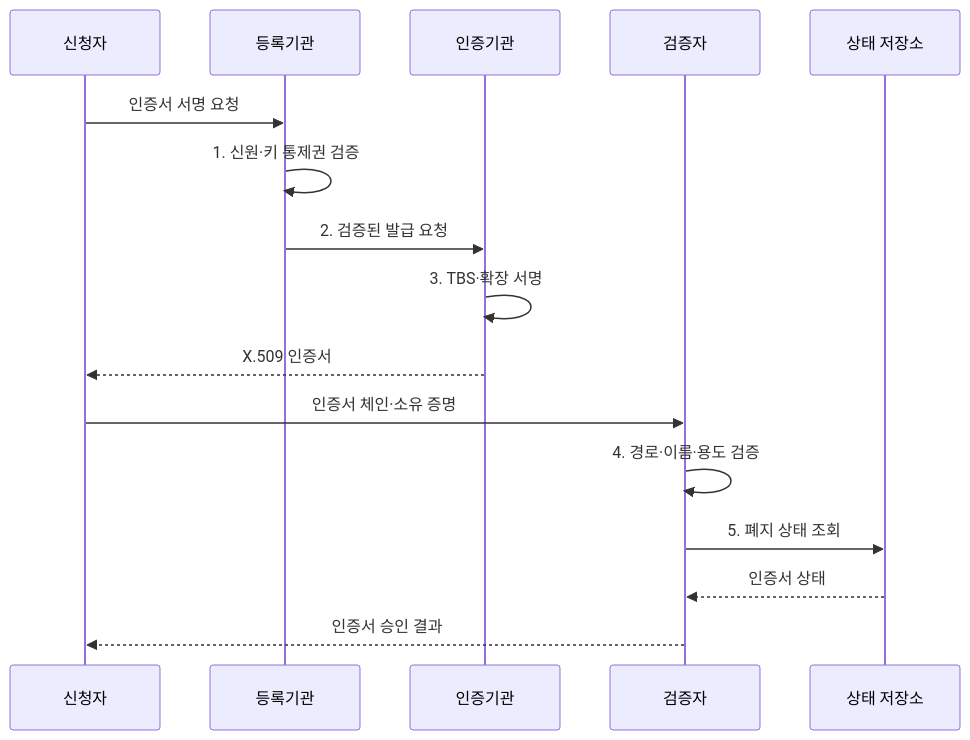
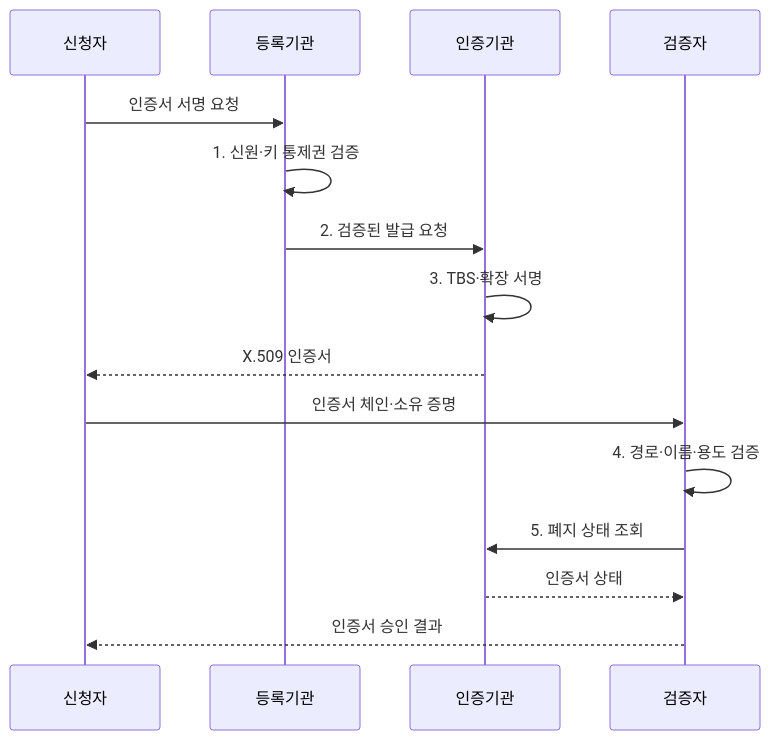
The second of 2 diagrams in src/content/docs/notes/05-security/008_x509_certificate.md (agnusdei1207/knowledge-base), drawn with Mermaid before and after one commit. The commit also changed 9 other files, not shown here.

Commit message:
Focus cryptography sequence actors

````diff
--- a/src/content/docs/notes/05-security/008_x509_certificate.md
+++ b/src/content/docs/notes/05-security/008_x509_certificate.md
@@ -103,18 +103,17 @@
 ```mermaid
 sequenceDiagram
     participant S as 신청자
     participant A as 등록기관
     participant C as 인증기관
     participant V as 검증자
-    participant R as 상태 저장소
     S->>A: 인증서 서명 요청
     A->>A: 1. 신원·키 통제권 검증
     A->>C: 2. 검증된 발급 요청
     C->>C: 3. TBS·확장 서명
     C-->>S: X.509 인증서
     S->>V: 인증서 체인·소유 증명
     V->>V: 4. 경로·이름·용도 검증
-    V->>R: 5. 폐지 상태 조회
-    R-->>V: 인증서 상태
+    V->>C: 5. 폐지 상태 조회
+    C-->>V: 인증서 상태
     V-->>S: 인증서 승인 결과
 ```
````
